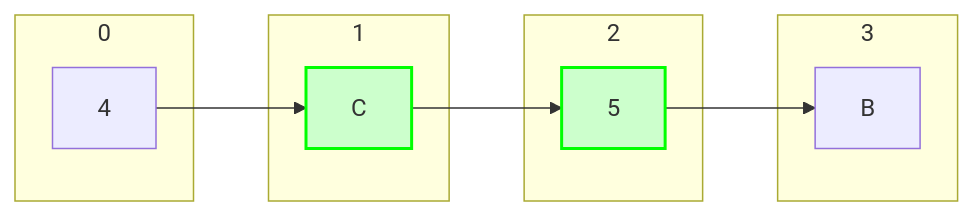
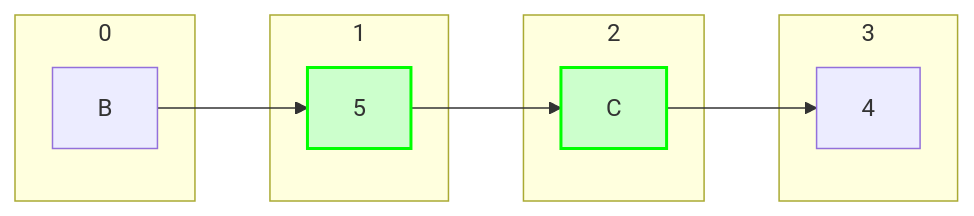
The tenth of 11 diagrams in task-8/thatsall_team.md (hse-algo-24-raven/manual-tasks-raven), drawn with Mermaid before and after one commit. The commit also changed other lines of this file, not shown here.

````diff
--- a/task-8/thatsall_team.md
+++ b/task-8/thatsall_team.md
@@ -376,20 +375,20 @@
 ```mermaid
 graph LR
-    subgraph " 0 "
+    subgraph " 3 "
         4[4]
     end
-    subgraph " 1 "
+    subgraph " 2 "
         C[C]
     end
-    subgraph " 2 "
+    subgraph " 1"
         5[5]
     end
-    subgraph " 3 "
+    subgraph " 0 "
         B[B]
     end
-    4 --> C
-    C --> 5
-    5 --> B
+    C --> 4
+    5 --> C
+    B --> 5
     style 5 fill:#ccffcc, stroke:#00ff00, stroke-width:2px
     style C fill:#ccffcc, stroke:#00ff00, stroke-width:2px
 ```
````
